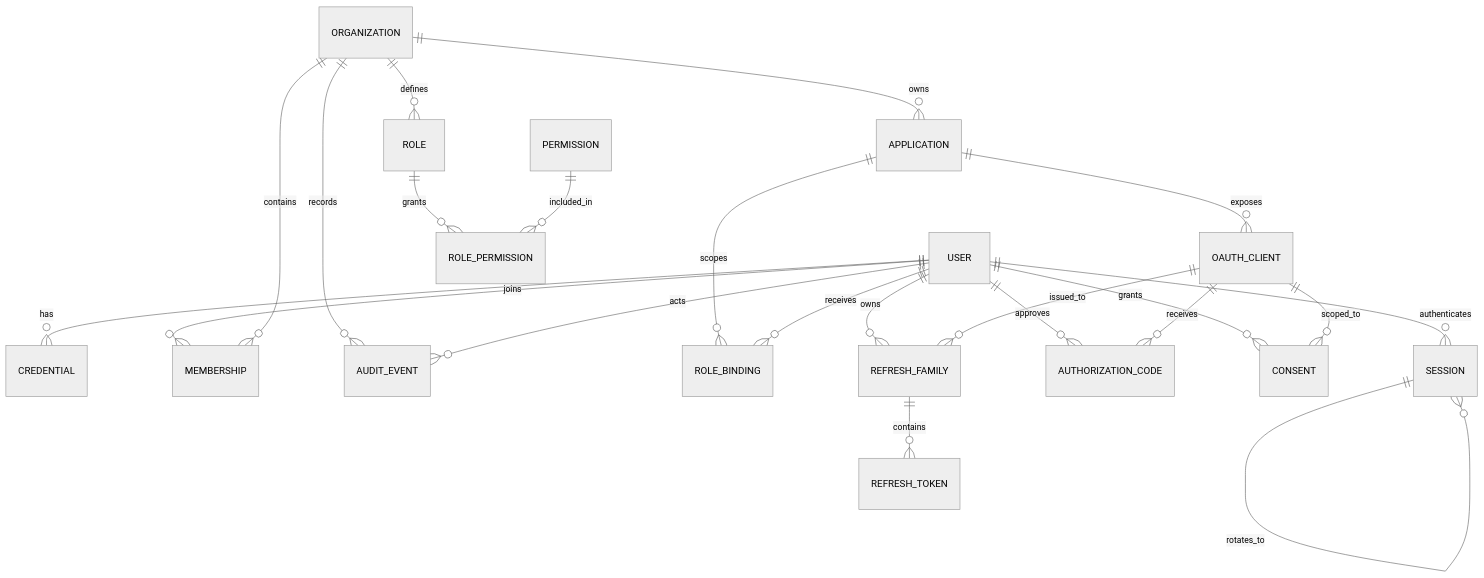
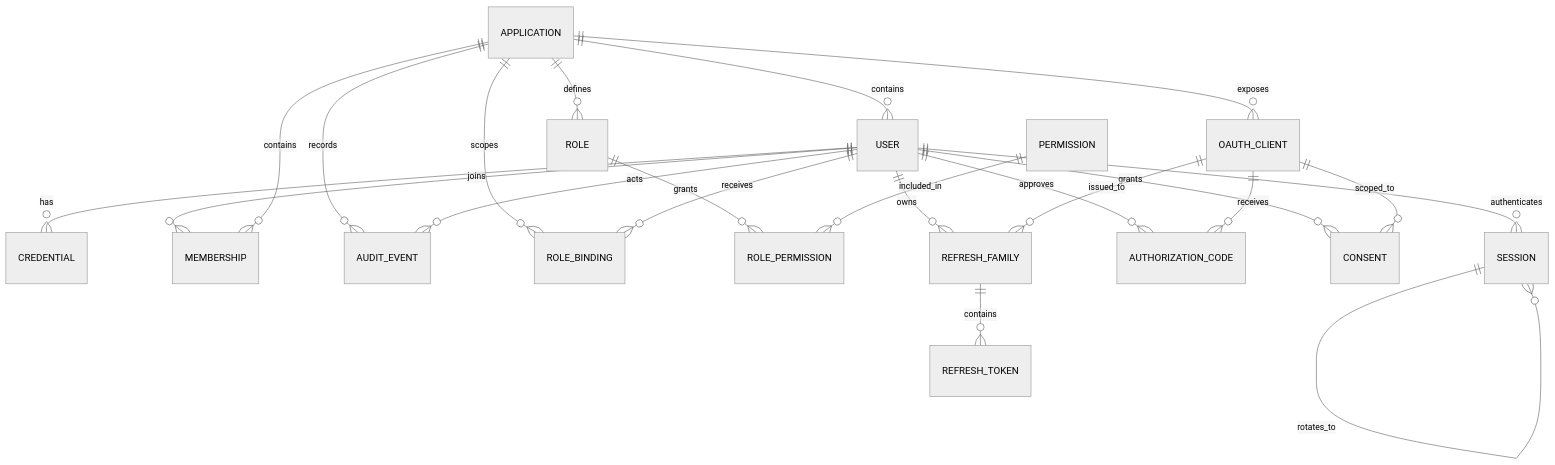
The diagram in docs/domain-model.md (devstroop/authkit), drawn with Mermaid (neutral theme) before and after one commit. The commit also changed other lines of this file and 6 other files, not shown here.

````diff
--- a/docs/domain-model.md
+++ b/docs/domain-model.md
@@ -42,24 +42,24 @@
 ```mermaid
 erDiagram
+    APPLICATION ||--o{ USER : contains
     USER ||--o{ CREDENTIAL : has
     USER ||--o{ MEMBERSHIP : joins
-    ORGANIZATION ||--o{ MEMBERSHIP : contains
-    ORGANIZATION ||--o{ APPLICATION : owns
-    ORGANIZATION ||--o{ ROLE : defines
-    ORGANIZATION ||--o{ AUDIT_EVENT : records
+    APPLICATION ||--o{ MEMBERSHIP : contains
+    APPLICATION ||--o{ ROLE : defines
+    APPLICATION ||--o{ AUDIT_EVENT : records
     APPLICATION ||--o{ OAUTH_CLIENT : exposes
     APPLICATION ||--o{ ROLE_BINDING : scopes
     ROLE ||--o{ ROLE_PERMISSION : grants
     PERMISSION ||--o{ ROLE_PERMISSION : included_in
     USER ||--o{ ROLE_BINDING : receives
     USER ||--o{ SESSION : authenticates
     SESSION ||--o{ SESSION : rotates_to
     USER ||--o{ AUTHORIZATION_CODE : approves
     OAUTH_CLIENT ||--o{ AUTHORIZATION_CODE : receives
     USER ||--o{ CONSENT : grants
     OAUTH_CLIENT ||--o{ CONSENT : scoped_to
     USER ||--o{ REFRESH_FAMILY : owns
     REFRESH_FAMILY ||--o{ REFRESH_TOKEN : contains
     OAUTH_CLIENT ||--o{ REFRESH_FAMILY : issued_to
     USER ||--o{ AUDIT_EVENT : acts
 ```
````
